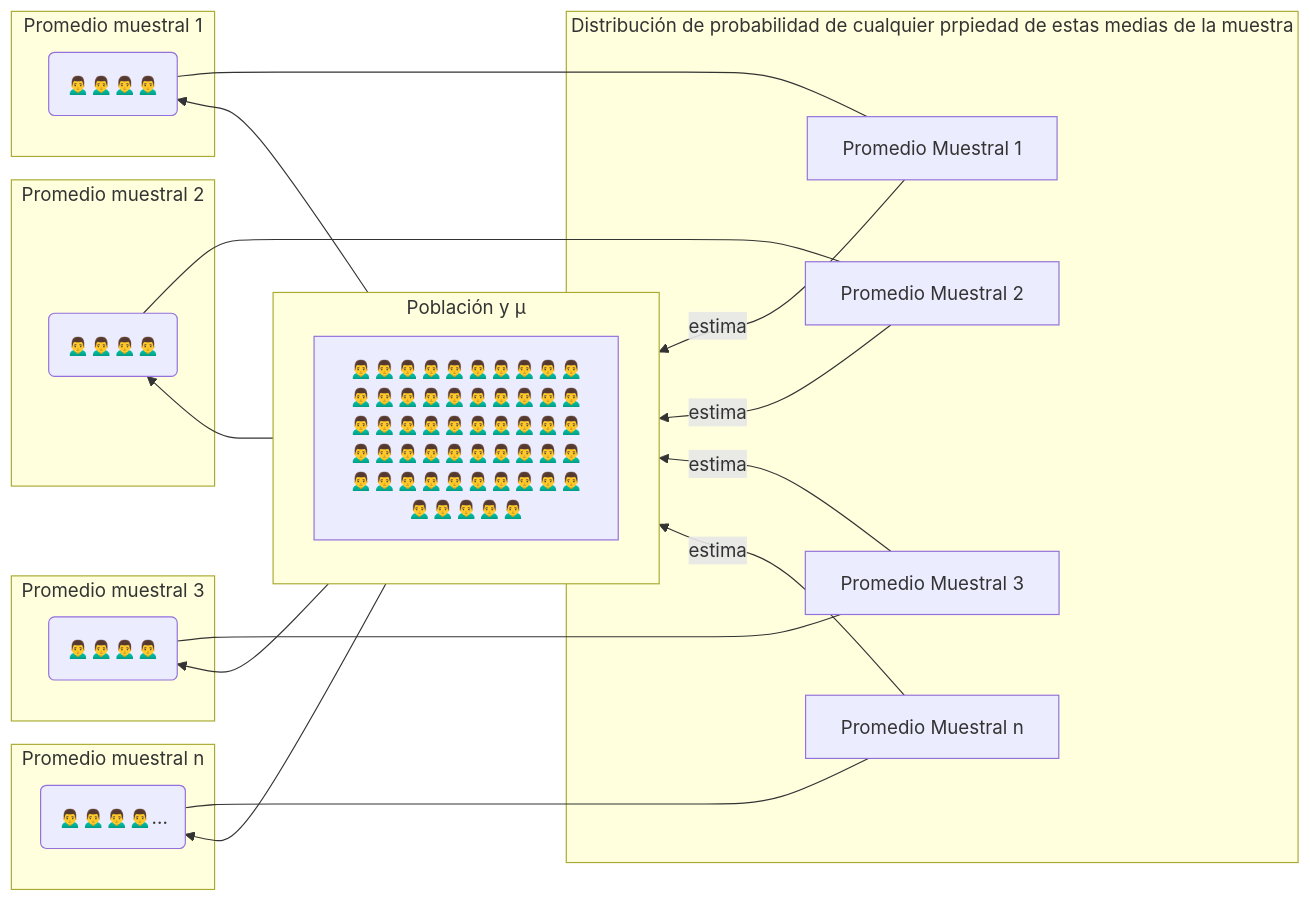
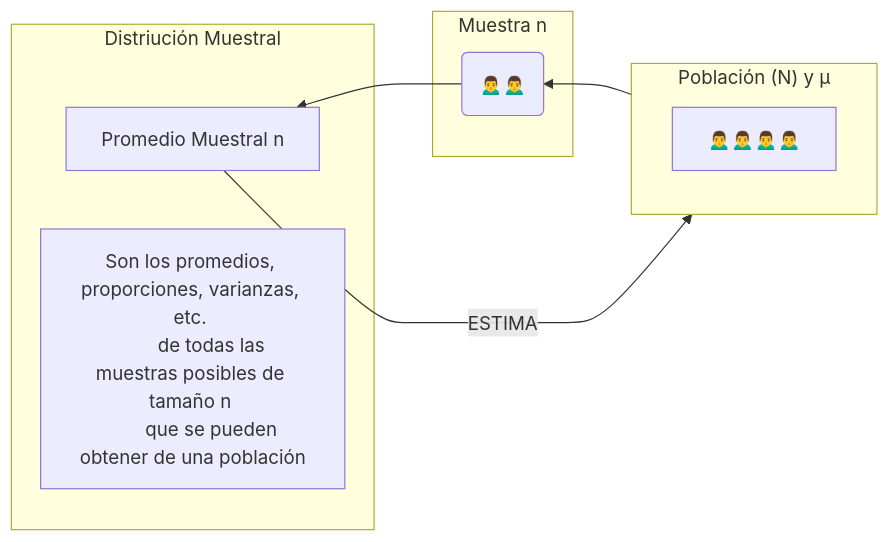
Before and after one commit to Flavio-Ore/Estadistica-Inferencial-Apuntes: the fourth of 4 diagrams in estadistica-inferencial.md, drawn with Mermaid. The commit also changed other lines of this file, not shown here.

First line of the commit message:
prueba-de-normalidad_distribucion-normal-estandar

````diff
--- a/estadistica-inferencial.md
+++ b/estadistica-inferencial.md
@@ -345,47 +384,24 @@
 ```mermaid
 flowchart RL
 
-subgraph Población["Población y &mu;"]
+subgraph Población["Población (N) y &mu;"]
     población["
-        🙍‍♂️🙍‍♂️🙍‍♂️🙍‍♂️🙍‍♂️🙍‍♂️🙍‍♂️🙍‍♂️🙍‍♂️🙍‍♂️🙍‍♂️🙍‍♂️🙍‍♂️🙍‍♂️🙍‍♂️🙍‍♂️🙍‍♂️🙍‍♂️🙍‍♂️🙍‍♂️🙍‍♂️🙍‍♂️🙍‍♂️🙍‍♂️🙍‍♂️🙍‍♂️🙍‍♂️🙍‍♂️🙍‍♂️🙍‍♂️🙍‍♂️🙍‍♂️🙍‍♂️🙍‍♂️🙍‍♂️🙍‍♂️🙍‍♂️🙍‍♂️🙍‍♂️🙍‍♂️🙍‍♂️🙍‍♂️🙍‍♂️🙍‍♂️🙍‍♂️🙍‍♂️🙍‍♂️🙍‍♂️🙍‍♂️🙍‍♂️🙍‍♂️🙍‍♂️🙍‍♂️🙍‍♂️🙍‍♂️
+        🙍‍♂️🙍‍♂️🙍‍♂️🙍‍♂️
     "]
 end
 
-subgraph muestran[Promedio muestral n]
-    n_n("🙍‍♂️🙍‍♂️🙍‍♂️🙍‍♂️...")
+subgraph muestran["Muestra n"]
+    n_k("🙍‍♂️🙍‍♂️")
 end
 
-subgraph muestra1[Promedio muestral 1]
-    n1("🙍‍♂️🙍‍♂️🙍‍♂️🙍‍♂️")
-end
+subgraph distribucion["Distriución Muestral"]
+    promediok["Promedio Muestral n"]
+    DI["
+        Son los promedios, proporciones, varianzas, etc. 
+        de todas las muestras posibles de tamaño n 
+        que se pueden obtener de una población
+    "]
+end 
 
-subgraph muestra2[Promedio muestral 2]
-    n2("🙍‍♂️🙍‍♂️🙍‍♂️🙍‍♂️")
-end
-
-subgraph muestra3[Promedio muestral 3]
-    n3("🙍‍♂️🙍‍♂️🙍‍♂️🙍‍♂️")
-end
-
-subgraph distribucion[Distribución de probabilidad de cualquier prpiedad de estas medias de la muestra]
-    promedio1["Promedio Muestral 1"]
-    promedio2["Promedio Muestral 2"]
-    promedio3["Promedio Muestral 3"]
-    promedion["Promedio Muestral n"]
-end
-
-Población --> n1
-Población --> n2
-Población --> n_n
-Población --> n3
-
-promedio1 -- estima --> Población
-promedio2 -- estima --> Población
-promedio3 -- estima --> Población
-promedion -- estima --> Población
-
-promedio1 <---  n1
-promedio2 <---  n2
-promedio3 <---  n3
-promedion <---  n_n
+n_k --> promediok -- "ESTIMA" --> Población --> n_k
 ```
````
